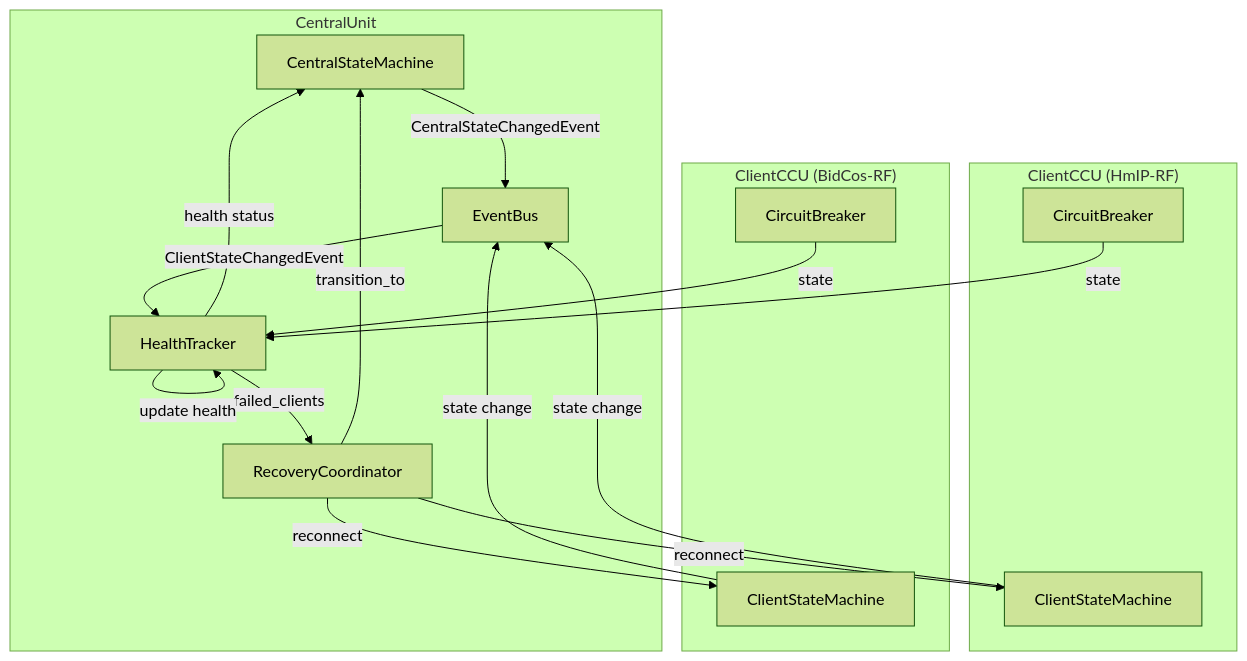
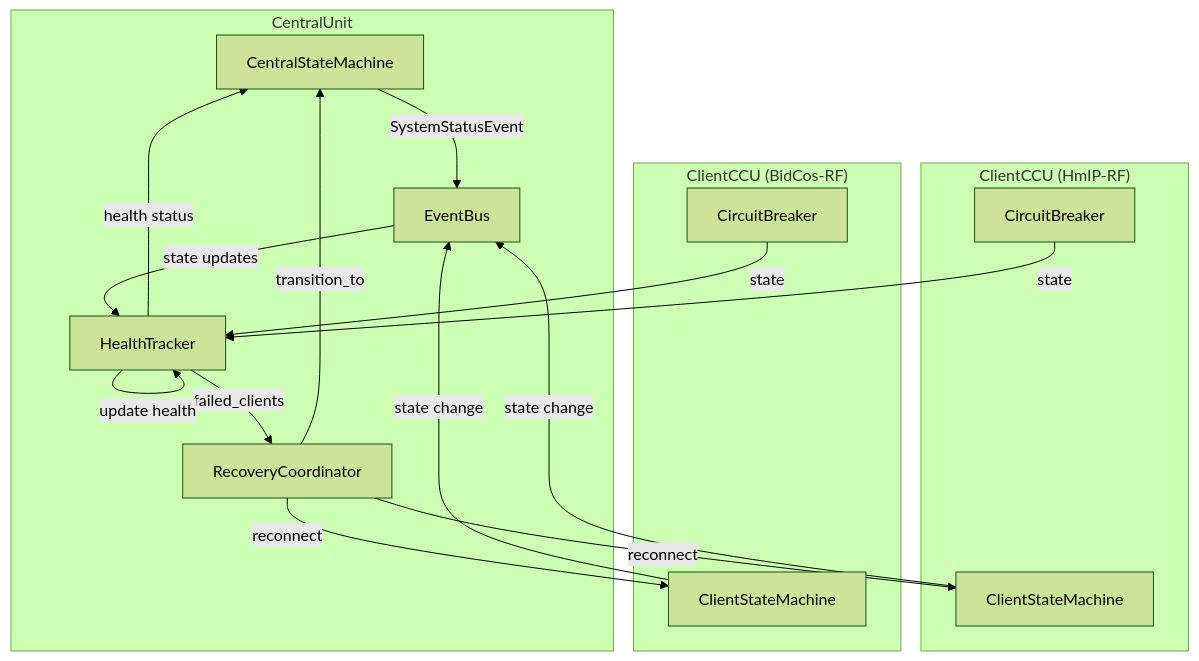
One commit to SukramJ/aiohomematic changed diagram 16 of 16 in docs/sequence_diagrams.md. Above: the diagram before and after it, drawn with Mermaid (forest theme). The commit also changed other lines of this file and 15 other files, not shown here.

````diff
--- a/docs/sequence_diagrams.md
+++ b/docs/sequence_diagrams.md
@@ -1174,35 +1173,35 @@
 ```mermaid
 flowchart TB
     subgraph Central["CentralUnit"]
         CSM[CentralStateMachine]
         HT[HealthTracker]
         RC[RecoveryCoordinator]
         EB[EventBus]
     end
 
     subgraph Client1["ClientCCU (HmIP-RF)"]
         SM1[ClientStateMachine]
         CB1[CircuitBreaker]
     end
 
     subgraph Client2["ClientCCU (BidCos-RF)"]
         SM2[ClientStateMachine]
         CB2[CircuitBreaker]
     end
 
     SM1 -->|state change| EB
     SM2 -->|state change| EB
     CB1 -->|state| HT
     CB2 -->|state| HT
 
     HT -->|health status| CSM
     HT -->|failed_clients| RC
     RC -->|transition_to| CSM
-    CSM -->|CentralStateChangedEvent| EB
+    CSM -->|SystemStatusEvent| EB
 
-    EB -->|ClientStateChangedEvent| HT
+    EB -->|state updates| HT
     HT -->|update health| HT
 
     RC -->|reconnect| SM1
     RC -->|reconnect| SM2
 ```
````
